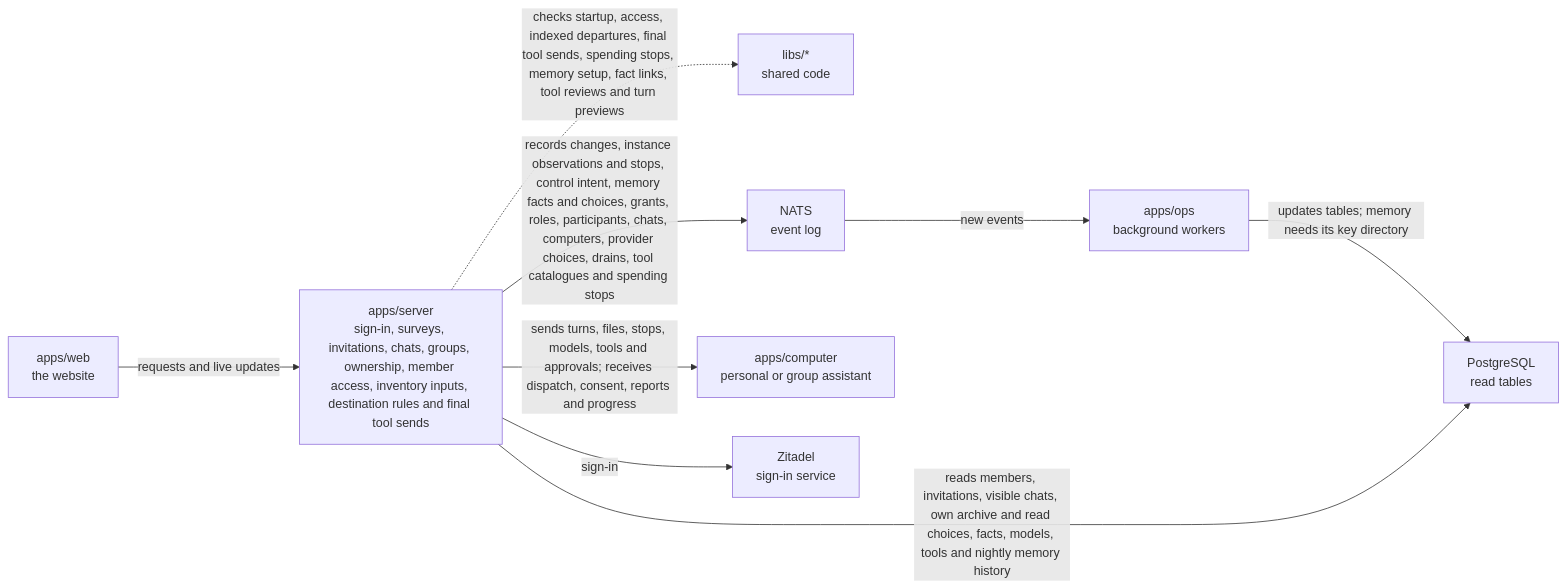
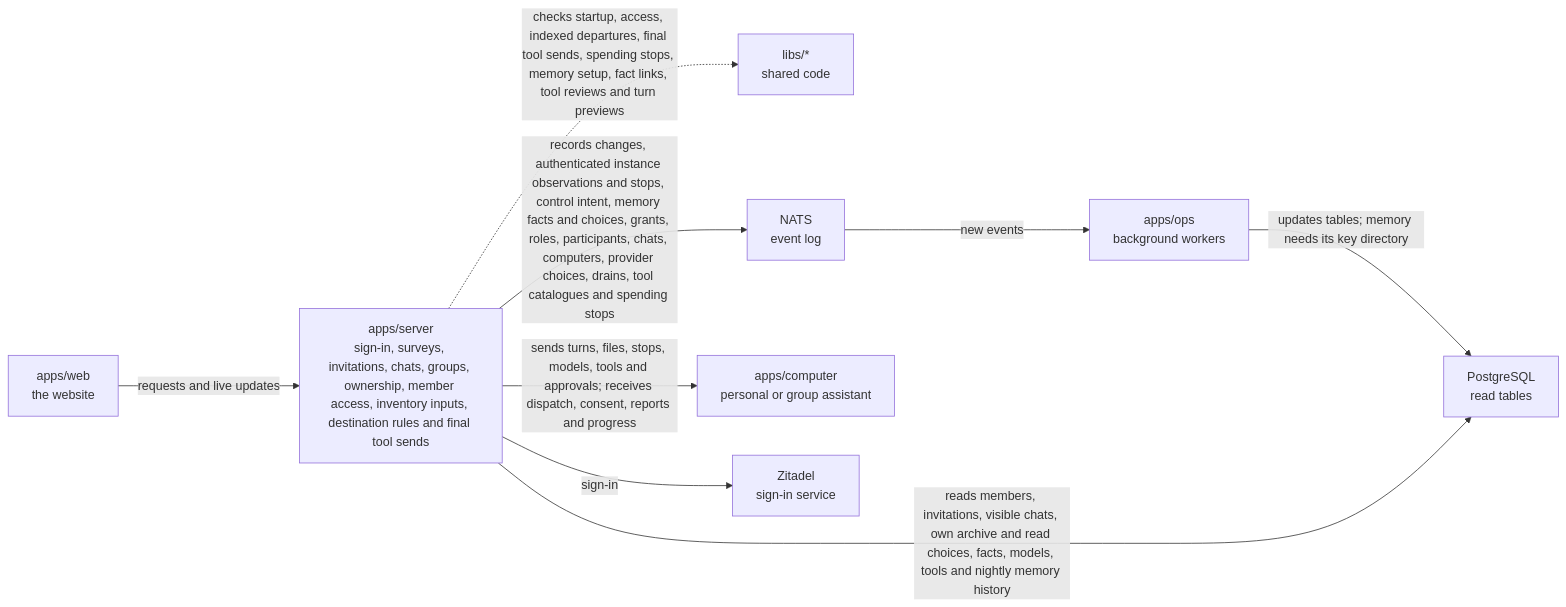
Before and after one commit to elewa-git/opencrane-new: the diagram in apps/server/README.md, drawn with Mermaid. The commit also changed other lines of this file and 10 other files, not shown here.

````diff
--- a/apps/server/README.md
+++ b/apps/server/README.md
@@ -11,11 +11,11 @@
 ```mermaid
 flowchart LR
   web["apps/web<br/>the website"] -->|requests and live updates| server["apps/server<br/>sign-in, surveys, invitations, chats, groups, ownership, member access, inventory inputs, destination rules and final tool sends"]
   server -.->|checks startup, access, indexed departures, final tool sends, spending stops, memory setup, fact links, tool reviews and turn previews| libs["libs/*<br/>shared code"]
-  server -->|records changes, instance observations and stops, control intent, memory facts and choices, grants, roles, participants, chats, computers, provider choices, drains, tool catalogues and spending stops| nats["NATS<br/>event log"]
+  server -->|records changes, authenticated instance observations and stops, control intent, memory facts and choices, grants, roles, participants, chats, computers, provider choices, drains, tool catalogues and spending stops| nats["NATS<br/>event log"]
   nats -->|new events| ops["apps/ops<br/>background workers"]
   ops -->|updates tables; memory needs its key directory| postgres["PostgreSQL<br/>read tables"]
   server -->|reads members, invitations, visible chats, own archive and read choices, facts, models, tools and nightly memory history| postgres
   server -->|sends turns, files, stops, models, tools and approvals; receives dispatch, consent, reports and progress| computer["apps/computer<br/>personal or group assistant"]
   server -->|sign-in| zitadel["Zitadel<br/>sign-in service"]
 ```
````
